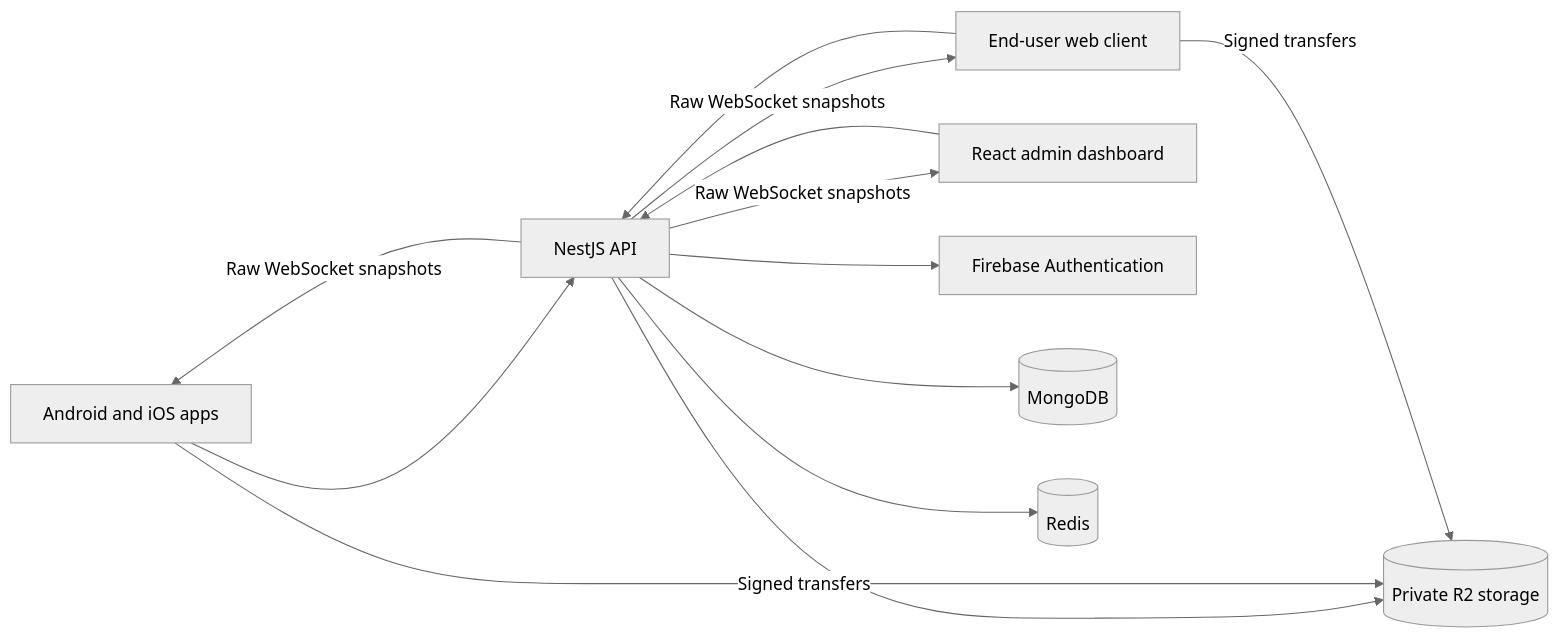
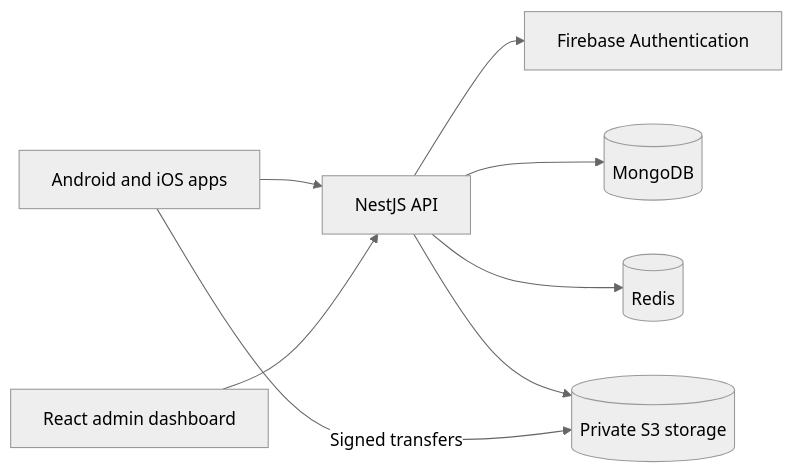
One commit to hatemragab/music_mute changed the diagram in README.md. Above: the diagram before and after it, drawn with Mermaid (neutral theme). The commit also changed other lines of this file and 3129 other files, not shown here.

````diff
--- a/README.md
+++ b/README.md
@@ -64,15 +28,10 @@
 ```mermaid
 flowchart LR
     Apps[Android and iOS apps] --> API[NestJS API]
-    Web[End-user web client] --> API
     Dashboard[React admin dashboard] --> API
-    API -->|Raw WebSocket snapshots| Apps
-    API -->|Raw WebSocket snapshots| Web
-    API -->|Raw WebSocket snapshots| Dashboard
     API --> Firebase[Firebase Authentication]
     API --> MongoDB[(MongoDB)]
     API --> Redis[(Redis)]
-    API --> R2[(Private R2 storage)]
-    Apps -->|Signed transfers| R2
-    Web -->|Signed transfers| R2
+    API --> S3[(Private S3 storage)]
+    Apps -->|Signed transfers| S3
 ```
````
